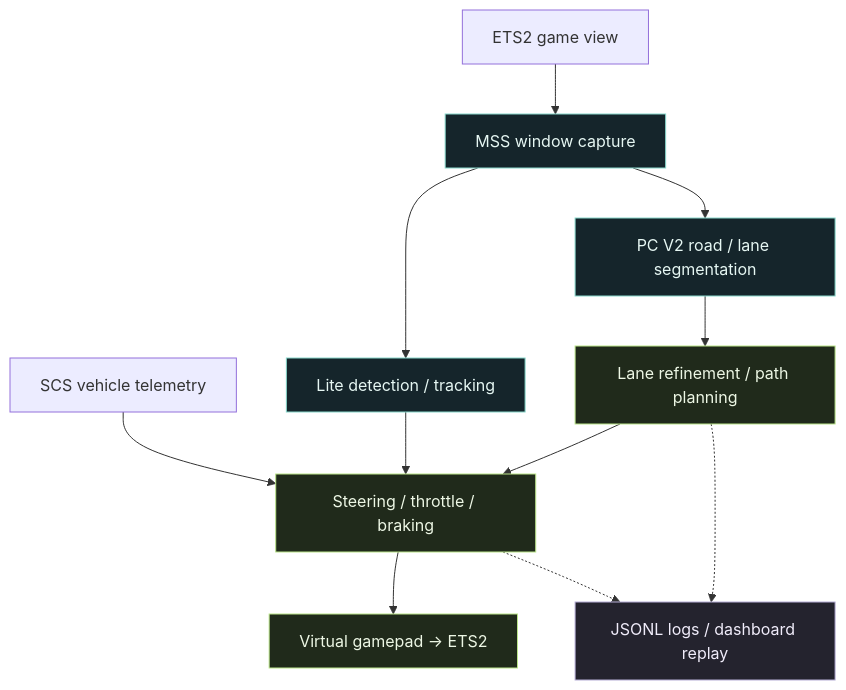
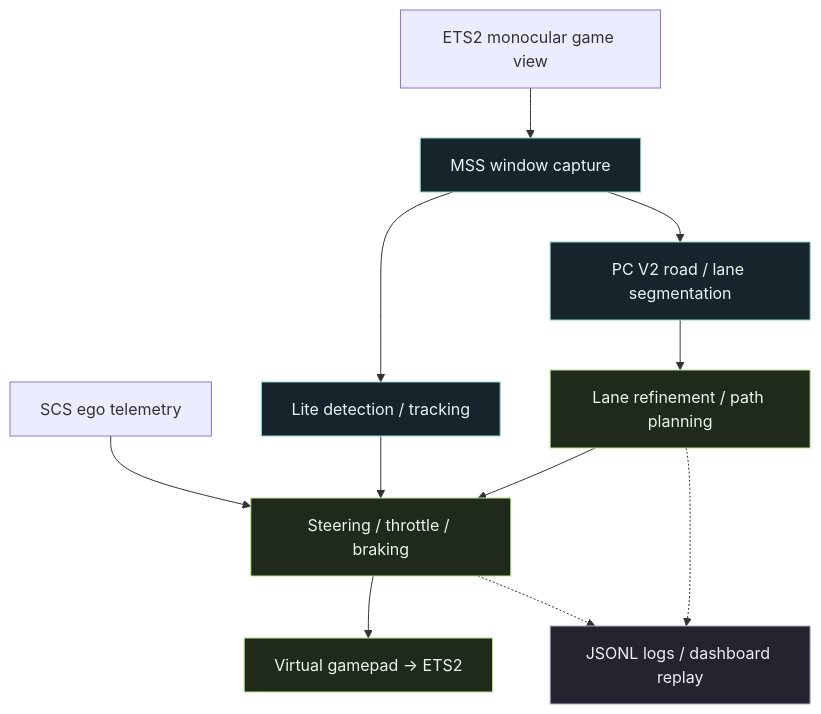
One commit to HenryG03124/Universal-Autopilot changed the diagram in README.en.md. Above: the diagram before and after it, drawn with Mermaid. The commit also changed other lines of this file and 2 other files, not shown here.

````diff
--- a/README.en.md
+++ b/README.en.md
@@ -53,20 +66,20 @@
 ```mermaid
 flowchart TD
-    A[ETS2 game view] --> B[MSS window capture]
+    A[ETS2 monocular game view] --> B[MSS window capture]
     B --> C[PC V2 road / lane segmentation]
     B --> D[Lite detection / tracking]
     C --> E[Lane refinement / path planning]
     E --> F[Steering / throttle / braking]
     D --> F
-    T[SCS vehicle telemetry] --> F
+    T[SCS ego telemetry] --> F
     F --> G[Virtual gamepad → ETS2]
     E -.-> H[JSONL logs / dashboard replay]
     F -.-> H
 
     classDef vision fill:#15252B,stroke:#87D7CB,color:#E6F7F3
     classDef control fill:#202A1B,stroke:#BBE58A,color:#EDF7E5
     classDef inspect fill:#24232E,stroke:#B6AED6,color:#F0ECFA
     class B,C,D vision
     class E,F,G control
     class H inspect
 ```
````
